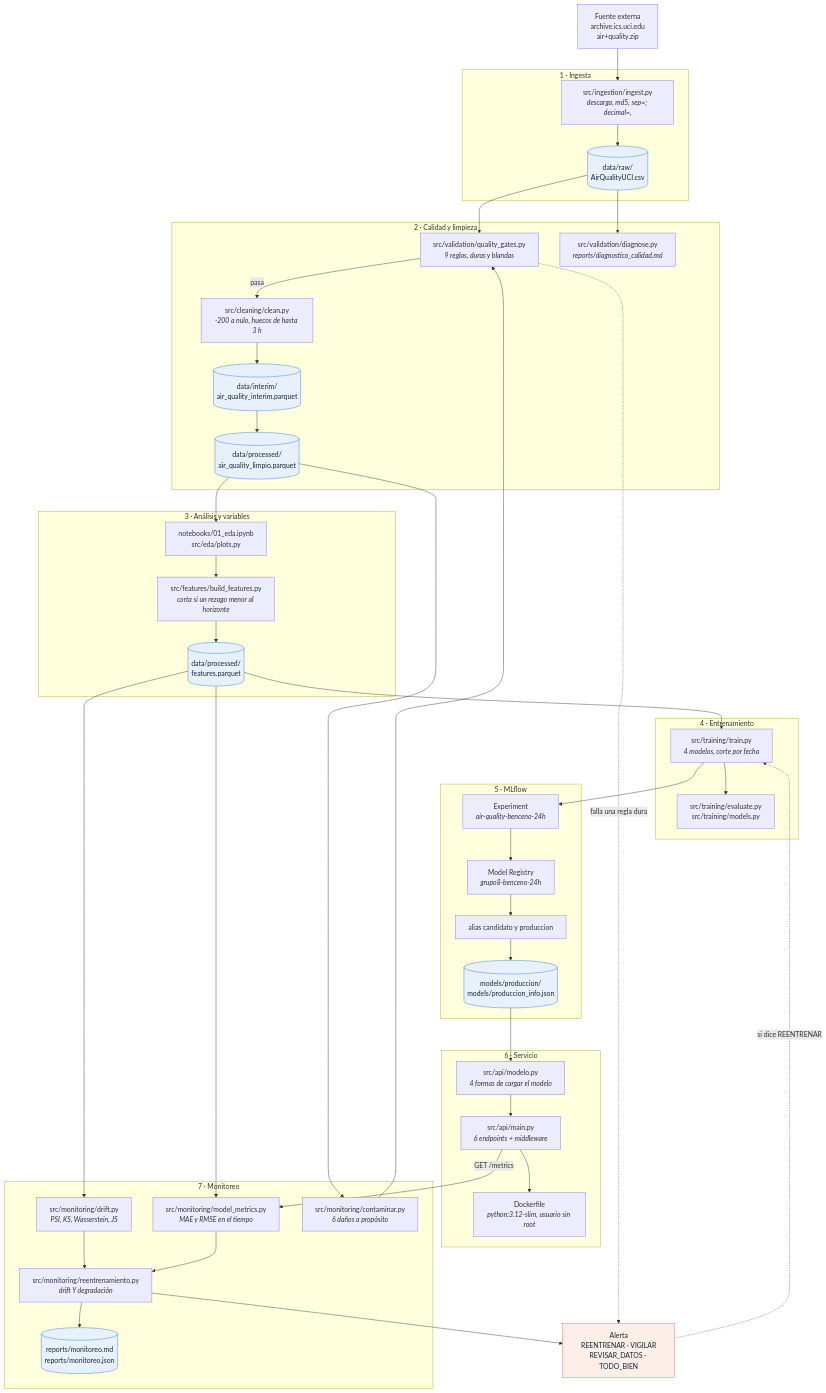
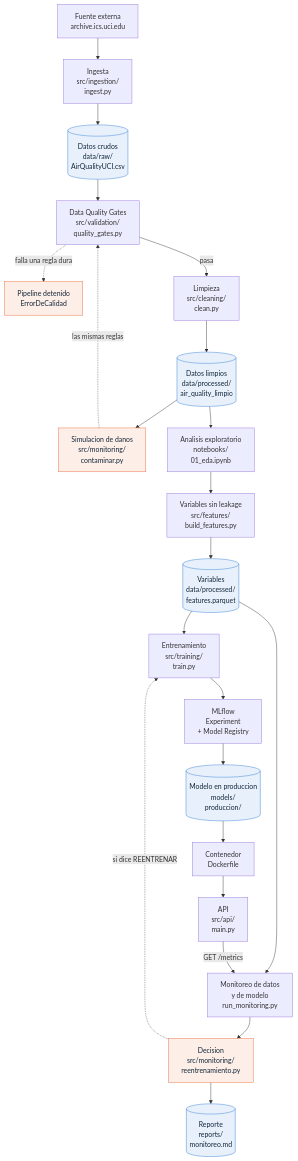
Before and after one commit to Mayarling/AirQuality: the diagram in README.md, drawn with Mermaid. The commit also changed other lines of this file, not shown here.

Commit message:
docs: el diagrama va como imagen en el README, el Mermaid queda plegado

````diff
--- a/README.md
+++ b/README.md
@@ -96,72 +113,49 @@
 ```mermaid
 flowchart TD
-    FUENTE["Fuente externa<br/>archive.ics.uci.edu<br/>air+quality.zip"]
+    FUENTE["Fuente externa<br/>archive.ics.uci.edu"]
+    ING["Ingesta<br/>src/ingestion/<br/>ingest.py"]
+    RAW[("Datos crudos<br/>data/raw/<br/>AirQualityUCI.csv")]
+    GATE["Data Quality Gates<br/>src/validation/<br/>quality_gates.py"]
+    SIM["Simulacion de danos<br/>src/monitoring/<br/>contaminar.py"]
+    STOP["Pipeline detenido<br/>ErrorDeCalidad"]
+    CLEAN["Limpieza<br/>src/cleaning/<br/>clean.py"]
+    PROC[("Datos limpios<br/>data/processed/<br/>air_quality_limpio")]
+    EDA["Analisis exploratorio<br/>notebooks/<br/>01_eda.ipynb"]
+    FEAT["Variables sin leakage<br/>src/features/<br/>build_features.py"]
+    FE[("Variables<br/>data/processed/<br/>features.parquet")]
+    TRAIN["Entrenamiento<br/>src/training/<br/>train.py"]
+    ML["MLflow<br/>Experiment<br/>+ Model Registry"]
+    EXPORT[("Modelo en produccion<br/>models/<br/>produccion/")]
+    DOCK["Contenedor<br/>Dockerfile"]
+    API["API<br/>src/api/<br/>main.py"]
+    MON["Monitoreo de datos<br/>y de modelo<br/>run_monitoring.py"]
+    DEC["Decision<br/>src/monitoring/<br/>reentrenamiento.py"]
+    REP[("Reporte<br/>reports/<br/>monitoreo.md")]
 
-    subgraph S1 ["1 · Ingesta"]
-        ING["src/ingestion/ingest.py<br/><i>descarga, md5, sep=; decimal=,</i>"]
-        RAW[("data/raw/<br/>AirQualityUCI.csv")]
-    end
-
-    subgraph S2 ["2 · Calidad y limpieza"]
-        GATE["src/validation/quality_gates.py<br/><i>9 reglas, duras y blandas</i>"]
-        DIAG["src/validation/diagnose.py<br/><i>reports/diagnostico_calidad.md</i>"]
-        CLEAN["src/cleaning/clean.py<br/><i>-200 a nulo, huecos de hasta 3 h</i>"]
-        INT[("data/interim/<br/>air_quality_interim.parquet")]
-        PROC[("data/processed/<br/>air_quality_limpio.parquet")]
-    end
-
-    subgraph S3 ["3 · Análisis y variables"]
-        EDA["notebooks/01_eda.ipynb<br/>src/eda/plots.py"]
-        FEAT["src/features/build_features.py<br/><i>corta si un rezago menor al horizonte</i>"]
-        FE[("data/processed/<br/>features.parquet")]
-    end
-
-    subgraph S4 ["4 · Entrenamiento"]
-        TRAIN["src/training/train.py<br/><i>4 modelos, corte por fecha</i>"]
-        EVAL["src/training/evaluate.py<br/>src/training/models.py"]
-    end
-
-    subgraph S5 ["5 · MLflow"]
-        EXP["Experiment<br/><i>air-quality-benceno-24h</i>"]
-        REG["Model Registry<br/><i>grupo8-benceno-24h</i>"]
-        ALIAS["alias candidato y produccion"]
-        EXPORT[("models/produccion/<br/>models/produccion_info.json")]
-    end
-
-    subgraph S6 ["6 · Servicio"]
-        API["src/api/main.py<br/><i>6 endpoints + middleware</i>"]
-        MOD["src/api/modelo.py<br/><i>4 formas de cargar el modelo</i>"]
-        DOCK["Dockerfile<br/><i>python:3.12-slim, usuario sin root</i>"]
-    end
-
-    subgraph S7 ["7 · Monitoreo"]
-        DRIFT["src/monitoring/drift.py<br/><i>PSI, KS, Wasserstein, JS</i>"]
-        MM["src/monitoring/model_metrics.py<br/><i>MAE y RMSE en el tiempo</i>"]
-        SIM["src/monitoring/contaminar.py<br/><i>6 daños a propósito</i>"]
-        DEC["src/monitoring/reentrenamiento.py<br/><i>drift Y degradación</i>"]
-        REP[("reports/monitoreo.md<br/>reports/monitoreo.json")]
-    end
-
-    ALERTA["Alerta<br/>REENTRENAR · VIGILAR<br/>REVISAR_DATOS · TODO_BIEN"]
-
-    FUENTE --> ING --> RAW --> GATE
+    FUENTE --> ING
+    ING --> RAW
+    RAW --> GATE
     GATE -->|pasa| CLEAN
-    GATE -.->|falla una regla dura| ALERTA
-    RAW --> DIAG
-    CLEAN --> INT --> PROC --> EDA --> FEAT --> FE --> TRAIN
-    TRAIN --> EVAL
-    TRAIN --> EXP --> REG --> ALIAS --> EXPORT
-    EXPORT --> MOD --> API --> DOCK
-    FE --> DRIFT --> DEC
-    FE --> MM --> DEC
-    PROC --> SIM --> GATE
+    CLEAN --> PROC
+    PROC --> EDA
+    EDA --> FEAT
+    FEAT --> FE
+    FE --> TRAIN
+    TRAIN --> ML
+    ML --> EXPORT
+    EXPORT --> DOCK
+    DOCK --> API
+    FE --> MON
+    API -->|GET /metrics| MON
+    MON --> DEC
     DEC --> REP
-    DEC --> ALERTA
-    API -->|GET /metrics| MM
-    ALERTA -.->|si dice REENTRENAR| TRAIN
+    PROC --> SIM
+    SIM -.->|las mismas reglas| GATE
+    GATE -.->|falla una regla dura| STOP
+    DEC -.->|si dice REENTRENAR| TRAIN
 
     classDef datos fill:#e8f1fb,stroke:#2a78d6,color:#12263a
     classDef aviso fill:#fdeee7,stroke:#eb6834,color:#12263a
-    class RAW,INT,PROC,FE,EXPORT,REP datos
-    class ALERTA aviso
+    class RAW,PROC,FE,EXPORT,REP datos
+    class SIM,STOP,DEC aviso
 ```
````
